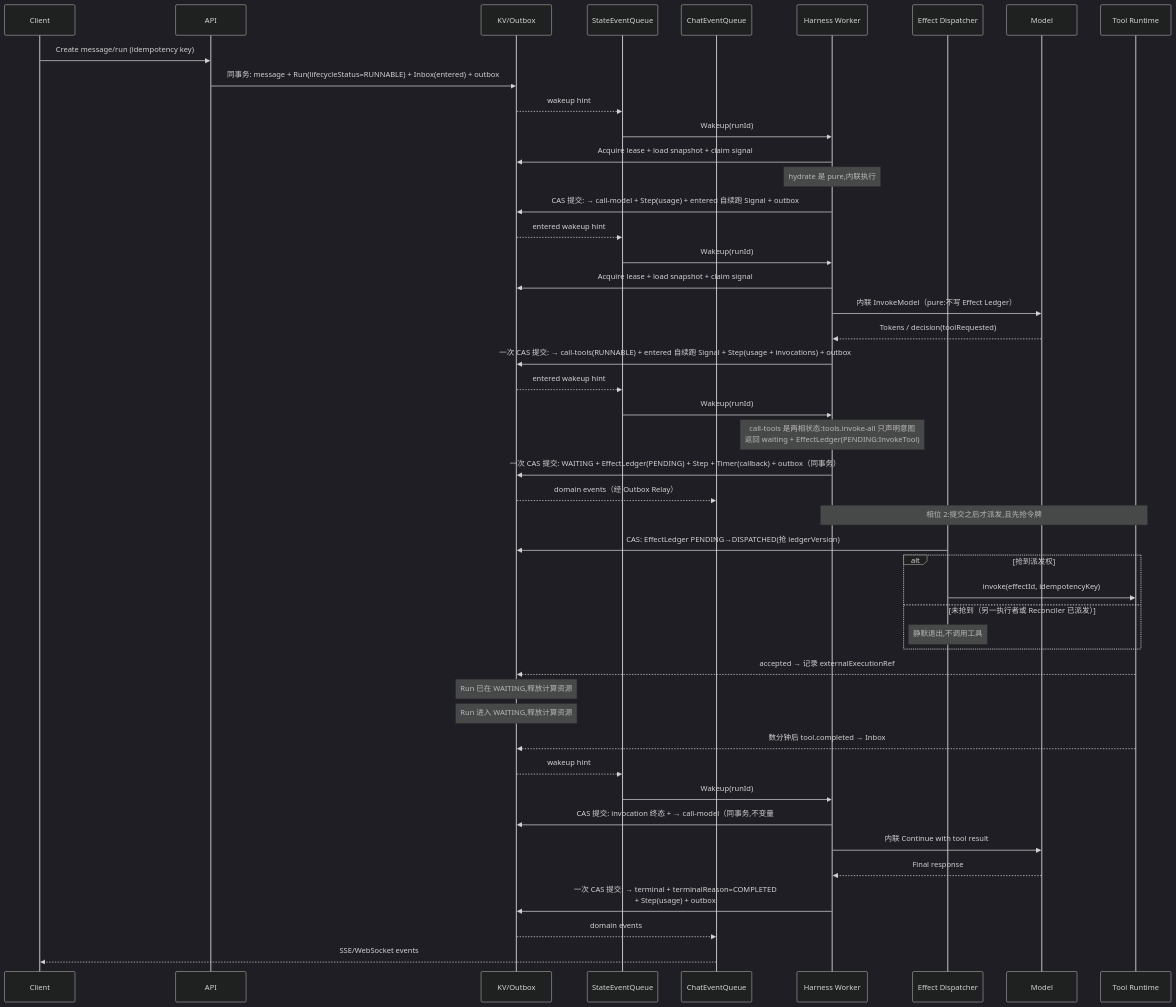
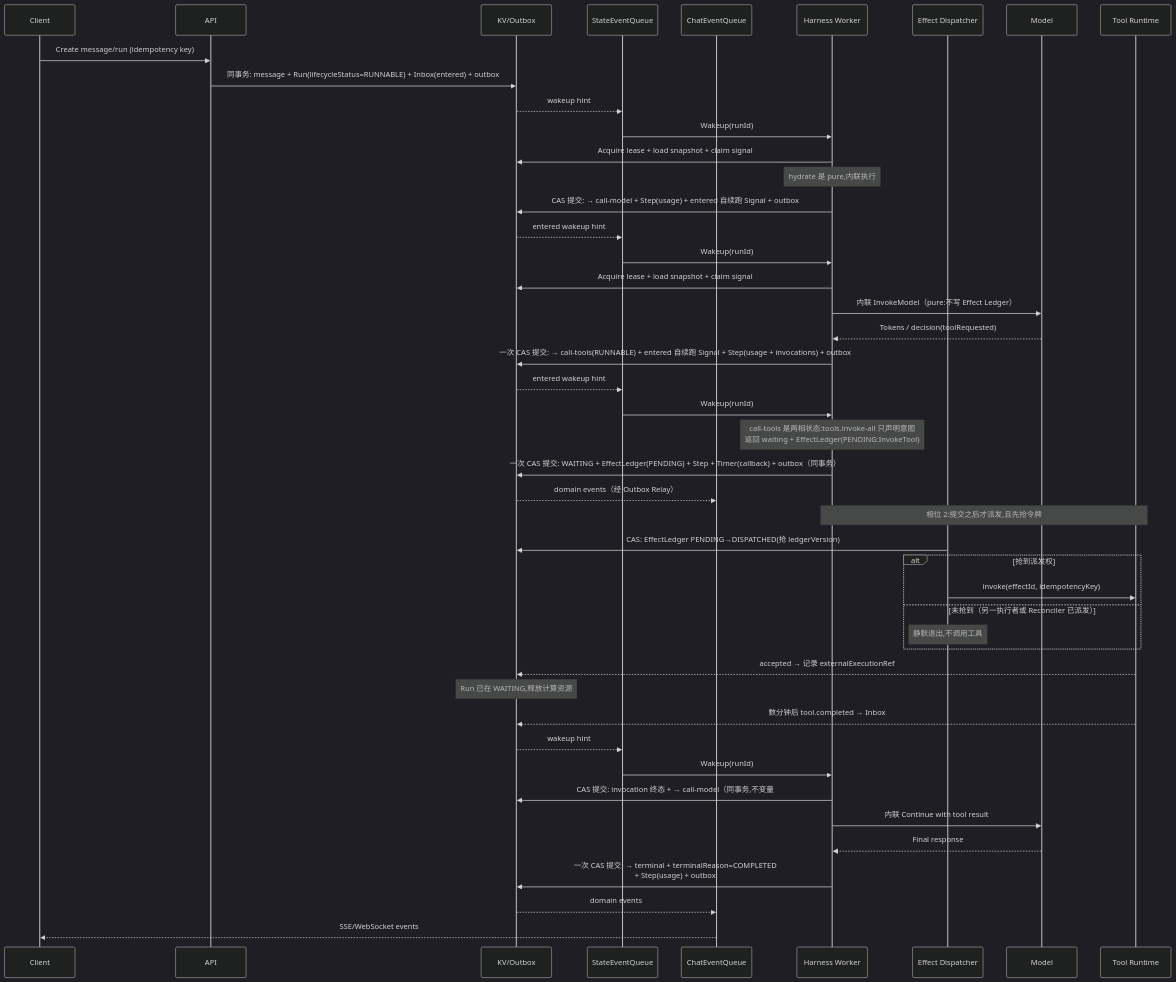
Before and after one commit to ai-sea/elastic-harness: the fifth of 11 diagrams in docs/arch.md, drawn with Mermaid (dark theme). The commit also changed other lines of this file and 1 other file, not shown here.

````diff
--- a/docs/arch.md
+++ b/docs/arch.md
@@ -1093,50 +1117,49 @@
 ```mermaid
 sequenceDiagram
     participant U as Client
     participant A as API
     participant K as KV/Outbox
     participant SQ as StateEventQueue
     participant CE as ChatEventQueue
     participant W as Harness Worker
     participant D as Effect Dispatcher
     participant M as Model
     participant T as Tool Runtime
 
     U->>A: Create message/run (idempotency key)
     A->>K: 同事务: message + Run(lifecycleStatus=RUNNABLE) + Inbox(entered) + outbox
     K-->>SQ: wakeup hint
     SQ->>W: Wakeup(runId)
     W->>K: Acquire lease + load snapshot + claim signal
     Note over W: hydrate 是 pure,内联执行
     W->>K: CAS 提交: → call-model + Step(usage) + entered 自续跑 Signal + outbox
     K-->>SQ: entered wakeup hint
     SQ->>W: Wakeup(runId)
     W->>K: Acquire lease + load snapshot + claim signal
     W->>M: 内联 InvokeModel（pure:不写 Effect Ledger）
     M-->>W: Tokens / decision(toolRequested)
     W->>K: 一次 CAS 提交: → call-tools(RUNNABLE) + entered 自续跑 Signal + Step(usage + invocations) + outbox
     K-->>SQ: entered wakeup hint
     SQ->>W: Wakeup(runId)
     Note over W: call-tools 是两相状态:tools.invoke-all 只声明意图<br/>返回 waiting + EffectLedger(PENDING:InvokeTool)
     W->>K: 一次 CAS 提交: WAITING + EffectLedger(PENDING) + Step + Timer(callback) + outbox（同事务）
     K-->>CE: domain events（经 Outbox Relay）
     Note over W,T: 相位 2:提交之后才派发,且先抢令牌
     D->>K: CAS: EffectLedger PENDING→DISPATCHED(抢 ledgerVersion)
     alt 抢到派发权
         D->>T: invoke(effectId, idempotencyKey)
     else 未抢到（另一执行者或 Reconciler 已派发）
         Note over D: 静默退出,不调用工具
     end
     T-->>K: accepted → 记录 externalExecutionRef
     Note over K: Run 已在 WAITING,释放计算资源
-    Note over K: Run 进入 WAITING,释放计算资源
     T-->>K: 数分钟后 tool.completed → Inbox
     K-->>SQ: wakeup hint
     SQ->>W: Wakeup(runId)
     W->>K: CAS 提交: invocation 终态 + → call-model（同事务,不变量 #12）
     W->>M: 内联 Continue with tool result
     M-->>W: Final response
     W->>K: 一次 CAS 提交: → terminal + terminalReason=COMPLETED<br/>+ Step(usage) + outbox
     K-->>CE: domain events
     CE-->>U: SSE/WebSocket events
 ```
````
